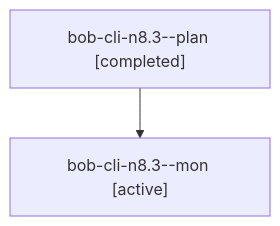
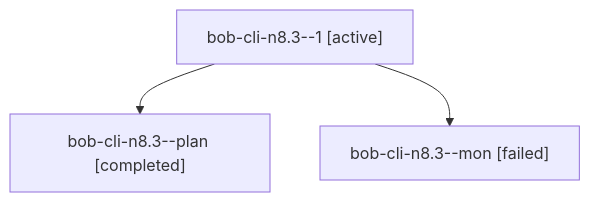
One commit to bobs-org/bob-cli--agents changed the diagram in sessions/bbugyi200.athena.bob-cli-n8.3.md. Above: the diagram before and after it, drawn with Mermaid. The commit also changed other lines of this file and 45 other files, not shown here.

````diff
--- a/sessions/bbugyi200.athena.bob-cli-n8.3.md
+++ b/sessions/bbugyi200.athena.bob-cli-n8.3.md
@@ -9,6 +9,8 @@
 ```mermaid
 flowchart TD
-  n0["bob-cli-n8.3--plan [completed]"]
-  n1["bob-cli-n8.3--mon [active]"]
+  n0["bob-cli-n8.3--1 [active]"]
+  n1["bob-cli-n8.3--plan [completed]"]
   n0 --> n1
+  n2["bob-cli-n8.3--mon [failed]"]
+  n0 --> n2
 ```
````
